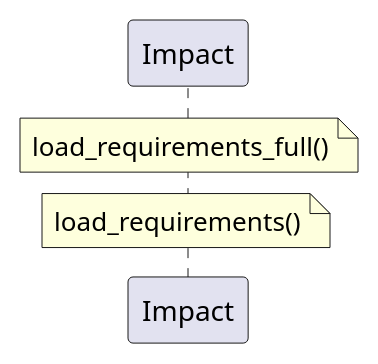
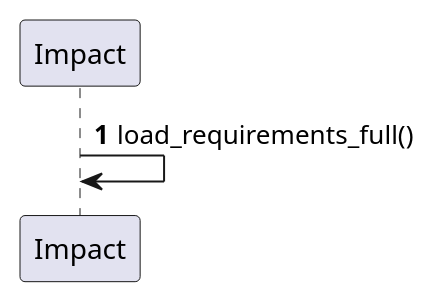
One commit to tvanfossen/doxygen-guard changed the diagram in docs/generated/sequences/REQ-IMPACT-002.puml. Above: the diagram before and after it, drawn with PlantUML. The commit also changed 7 other files, not shown here.

First line of the commit message:
Call graph from body scanning: real sequence diagrams

```diff
--- a/docs/generated/sequences/REQ-IMPACT-002.puml
+++ b/docs/generated/sequences/REQ-IMPACT-002.puml
@@ -1,9 +1,9 @@
 @startuml REQ-IMPACT-002
 autonumber
 
 participant "Impact" as Impact
 
-note over Impact: load_requirements_full()
-note over Impact: load_requirements()
+
+Impact -> Impact: load_requirements_full()
 
 @enduml
```
